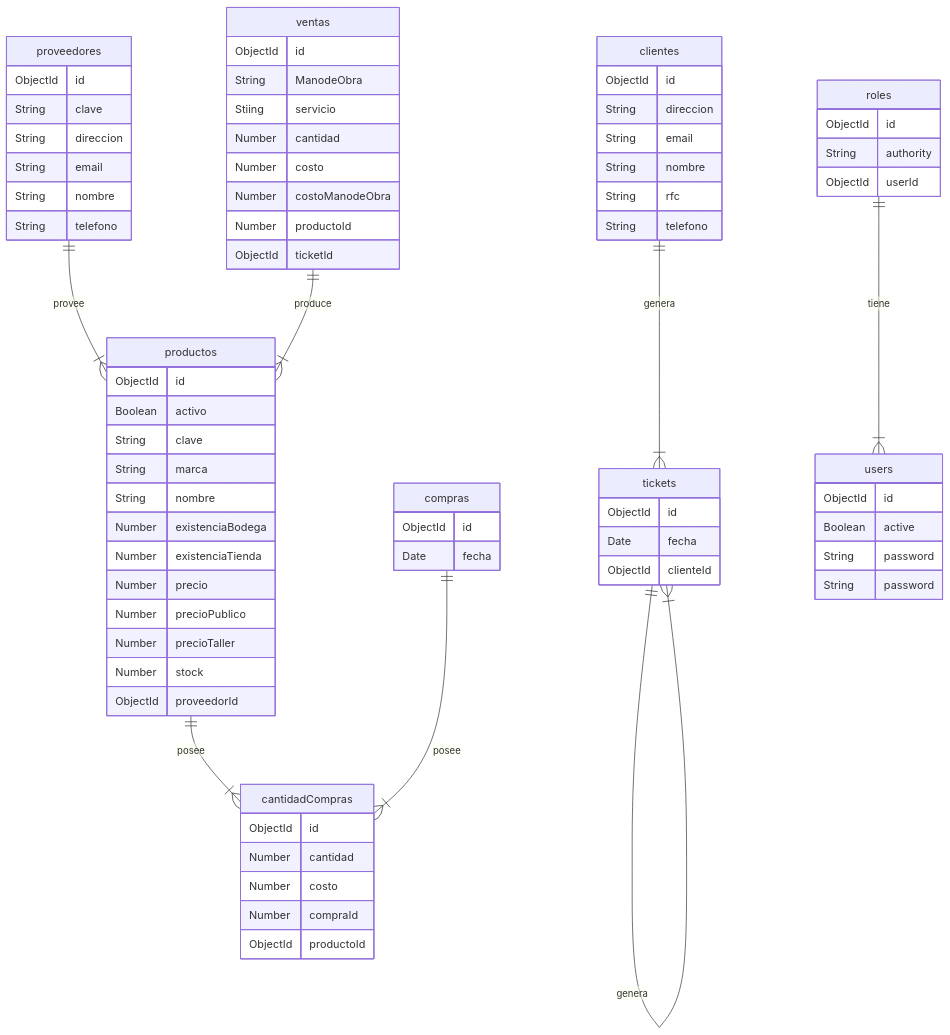
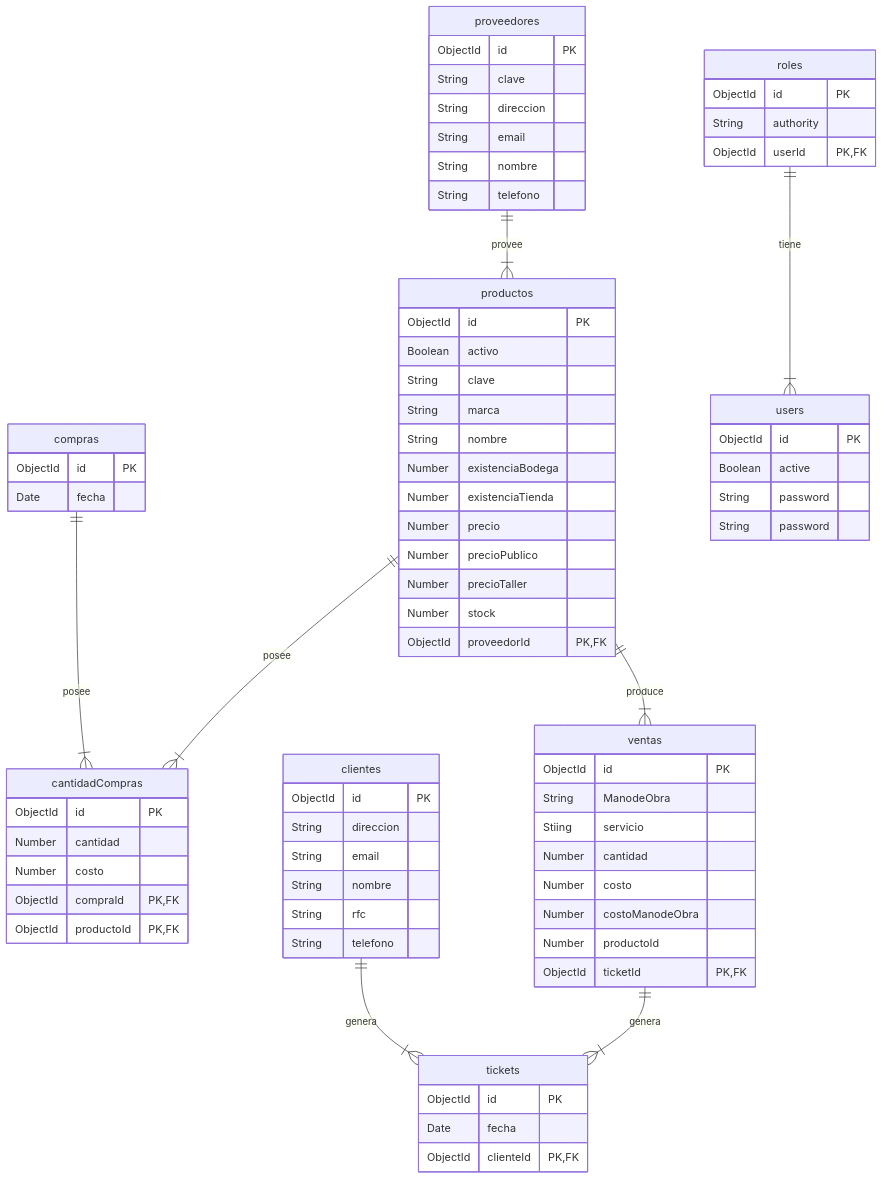
One commit to DiegoSHS/BIGOW changed the second of 2 diagrams in Routes.md. Above: the diagram before and after it, drawn with Mermaid.

````diff
--- a/Routes.md
+++ b/Routes.md
@@ -16,78 +16,77 @@
 ```mermaid
 erDiagram
     proveedores ||--|{productos : provee
     productos ||--|{cantidadCompras : posee
     compras ||--|{cantidadCompras : posee
-    ventas ||--|{productos : produce
-    tickets ||--|{tickets : genera
+    productos ||--|{ventas : produce
+    ventas ||--|{tickets : genera
     clientes ||--|{tickets : genera
     roles ||--|{users : tiene
     productos {
-        ObjectId id
+        ObjectId id PK
         Boolean activo
         String clave
         String marca
         String nombre
         Number existenciaBodega
         Number existenciaTienda
         Number precio
         Number precioPublico
         Number precioTaller
         Number stock
-        ObjectId proveedorId
+        ObjectId proveedorId PK, FK
     }
     proveedores {
-        ObjectId id
+        ObjectId id PK
         String clave
         String direccion
         String email
         String nombre
         String telefono
     }
     cantidadCompras{
-        ObjectId id
+        ObjectId id PK
         Number cantidad
         Number costo
-        Number compraId
-        ObjectId productoId
+        ObjectId compraId PK, FK
+        ObjectId productoId PK, FK
     }
     compras{
-        ObjectId id
+        ObjectId id PK
         Date fecha
     }
     ventas{
-        ObjectId id
+        ObjectId id PK
         String ManodeObra
         Stiing servicio
         Number cantidad
         Number costo
         Number costoManodeObra
         Number productoId
-        ObjectId ticketId
+        ObjectId ticketId PK, FK
     }
     tickets{
-        ObjectId id
+        ObjectId id PK
         Date fecha
-        ObjectId clienteId
+        ObjectId clienteId PK, FK
     }
     clientes{
-        ObjectId id
+        ObjectId id PK
         String direccion
         String email
         String nombre
         String rfc
         String telefono
     }
     roles{
-        ObjectId id
+        ObjectId id PK
         String authority
-        ObjectId userId
+        ObjectId userId PK, FK
     }
     users{
-        ObjectId id
+        ObjectId id PK
         Boolean active
         String password
         String password
-
     }
 ```
````
